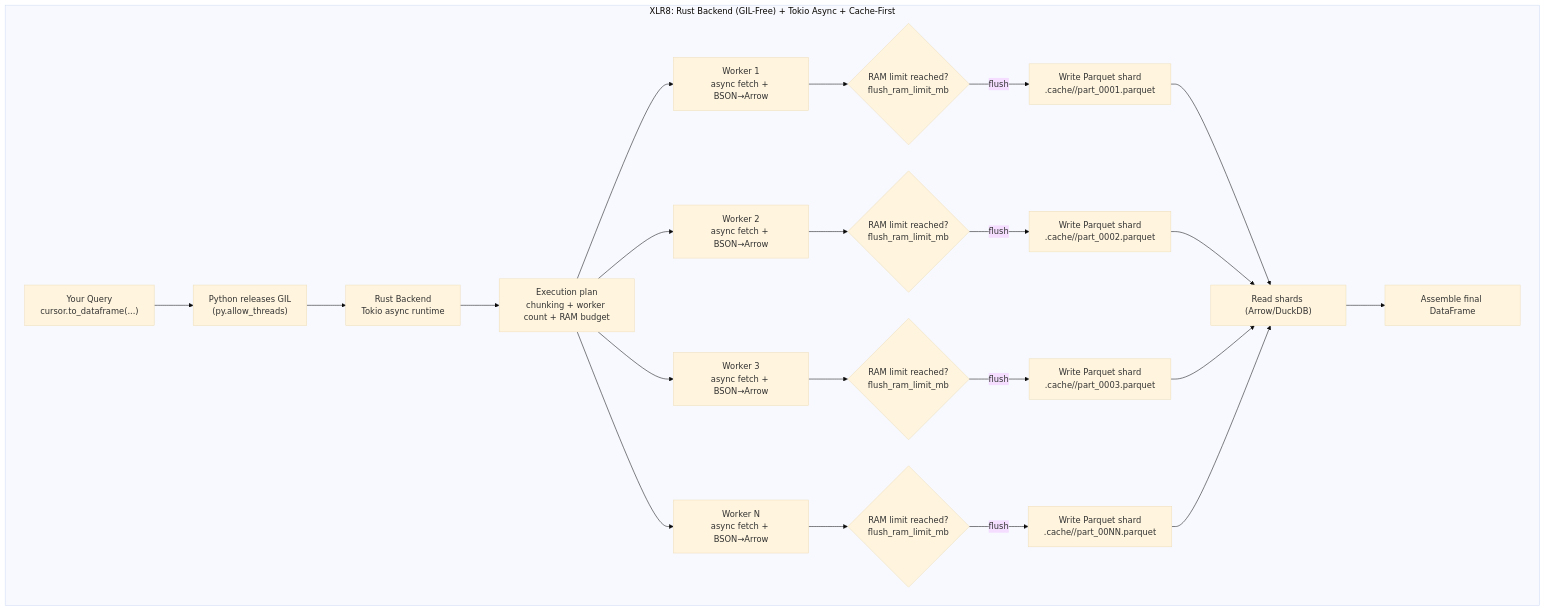
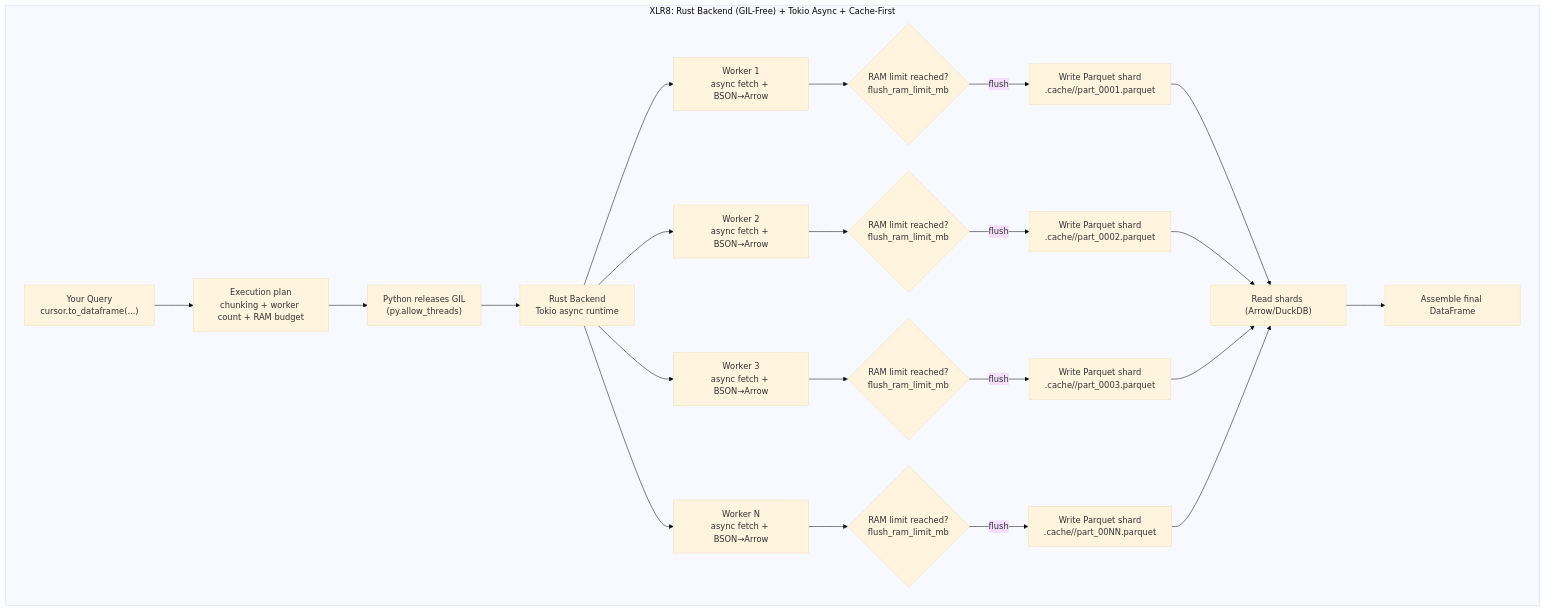
One commit to XLR8-DB/xlr8 changed the second of 7 diagrams in README.md. Above: the diagram before and after it, drawn with Mermaid (base theme). The commit also changed other lines of this file and 5 other files, not shown here.

````diff
--- a/README.md
+++ b/README.md
@@ -71,33 +72,32 @@
 ```mermaid
 flowchart LR
     subgraph Solution["XLR8: Rust Backend (GIL-Free) + Tokio Async + Cache-First"]
         direction LR
 
-        Q["Your Query<br/>cursor.to_dataframe(...)"] --> GIL["Python releases GIL<br/>(py.allow_threads)"]
+        Q["Your Query<br/>cursor.to_dataframe(...)"] --> PLAN["Execution plan<br/>chunking + worker count + RAM budget"]
+        PLAN --> GIL["Python releases GIL<br/>(py.allow_threads)"]
         GIL --> RT["Rust Backend<br/>Tokio async runtime"]
 
-        RT --> PLAN["Execution plan<br/>chunking + worker count + RAM budget"]
-
-        PLAN --> W1["Worker 1<br/>async fetch + BSON→Arrow"]
-        PLAN --> W2["Worker 2<br/>async fetch + BSON→Arrow"]
-        PLAN --> W3["Worker 3<br/>async fetch + BSON→Arrow"]
-        PLAN --> WN["Worker N<br/>async fetch + BSON→Arrow"]
+        RT --> W1["Worker 1<br/>async fetch + BSON→Arrow"]
+        RT --> W2["Worker 2<br/>async fetch + BSON→Arrow"]
+        RT --> W3["Worker 3<br/>async fetch + BSON→Arrow"]
+        RT --> WN["Worker N<br/>async fetch + BSON→Arrow"]
 
         W1 --> M1{"RAM limit reached?<br/>flush_ram_limit_mb"}
         W2 --> M2{"RAM limit reached?<br/>flush_ram_limit_mb"}
         W3 --> M3{"RAM limit reached?<br/>flush_ram_limit_mb"}
         WN --> MN{"RAM limit reached?<br/>flush_ram_limit_mb"}
 
         M1 -->|flush| C1["Write Parquet shard<br/>.cache/<hash>/part_0001.parquet"]
         M2 -->|flush| C2["Write Parquet shard<br/>.cache/<hash>/part_0002.parquet"]
         M3 -->|flush| C3["Write Parquet shard<br/>.cache/<hash>/part_0003.parquet"]
         MN -->|flush| CN["Write Parquet shard<br/>.cache/<hash>/part_00NN.parquet"]
 
         C1 --> READ["Read shards (Arrow/DuckDB)"]
         C2 --> READ
         C3 --> READ
         CN --> READ
 
         READ --> DF["Assemble final DataFrame"]
     end
 ```
````
